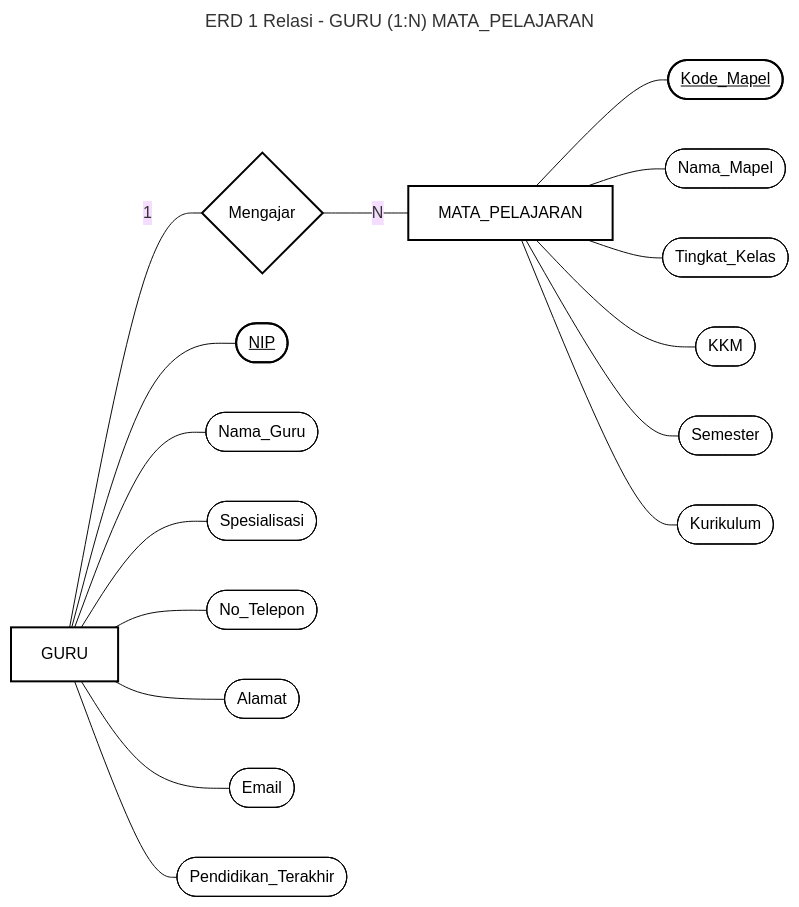
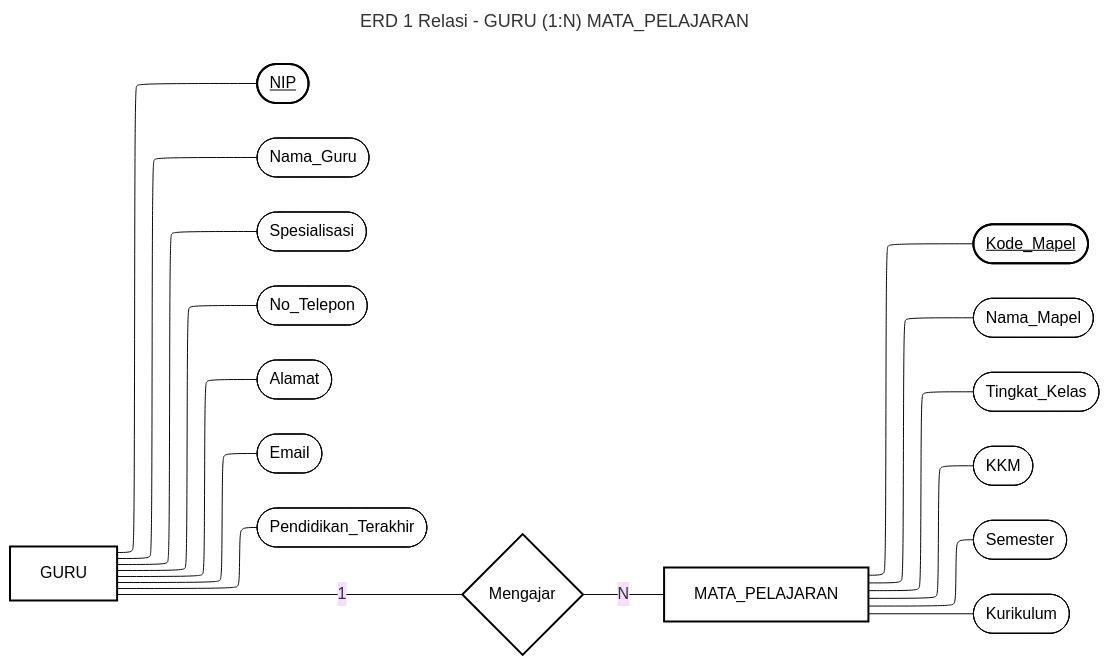
Before and after one commit to Aruh1/sias: the diagram in graph/erd_1_relasi_flowchart.md, drawn with Mermaid (base theme). The commit also changed other lines of this file and 7 other files, not shown here.

Commit message:
update graph

````diff
--- a/graph/erd_1_relasi_flowchart.md
+++ b/graph/erd_1_relasi_flowchart.md
@@ -5,69 +5,71 @@
 ```mermaid
 ---
 title: ERD 1 Relasi - GURU (1:N) MATA_PELAJARAN
+config:
+    layout: elk
 ---
 
 flowchart LR
     %% ── Entitas ──
     GURU["GURU"]
     MAPEL["MATA_PELAJARAN"]
 
     %% ── Relasi ──
     R1{"Mengajar"}
 
     %% ── Koneksi Entitas — Relasi ──
     GURU ---|"1"| R1
     R1 ---|"N"| MAPEL
 
     %% ── Atribut GURU ──
     G_NIP(["<u>NIP</u>"])
     G_Nama(["Nama_Guru"])
     G_Spesialisasi(["Spesialisasi"])
     G_Telp(["No_Telepon"])
     G_Alamat(["Alamat"])
     G_Email(["Email"])
     G_Pendidikan(["Pendidikan_Terakhir"])
 
     GURU --- G_NIP
     GURU --- G_Nama
     GURU --- G_Spesialisasi
     GURU --- G_Telp
     GURU --- G_Alamat
     GURU --- G_Email
     GURU --- G_Pendidikan
 
     %% ── Atribut MATA_PELAJARAN ──
     M_Kode(["<u>Kode_Mapel</u>"])
     M_Nama(["Nama_Mapel"])
     M_Tingkat(["Tingkat_Kelas"])
     M_KKM(["KKM"])
     M_Semester(["Semester"])
     M_Kurikulum(["Kurikulum"])
 
     MAPEL --- M_Kode
     MAPEL --- M_Nama
     MAPEL --- M_Tingkat
     MAPEL --- M_KKM
     MAPEL --- M_Semester
     MAPEL --- M_Kurikulum
 
     %% ── Styling ──
     style GURU fill:#fff,stroke:#000,stroke-width:2px,color:#000
     style MAPEL fill:#fff,stroke:#000,stroke-width:2px,color:#000
     style R1 fill:#fff,stroke:#000,stroke-width:2px,color:#000
 
     style G_NIP fill:#fff,stroke:#000,stroke-width:2px,color:#000
     style G_Nama fill:#fff,stroke:#000,stroke-width:1px,color:#000
     style G_Spesialisasi fill:#fff,stroke:#000,stroke-width:1px,color:#000
     style G_Telp fill:#fff,stroke:#000,stroke-width:1px,color:#000
     style G_Alamat fill:#fff,stroke:#000,stroke-width:1px,color:#000
     style G_Email fill:#fff,stroke:#000,stroke-width:1px,color:#000
     style G_Pendidikan fill:#fff,stroke:#000,stroke-width:1px,color:#000
 
     style M_Kode fill:#fff,stroke:#000,stroke-width:2px,color:#000
     style M_Nama fill:#fff,stroke:#000,stroke-width:1px,color:#000
     style M_Tingkat fill:#fff,stroke:#000,stroke-width:1px,color:#000
     style M_KKM fill:#fff,stroke:#000,stroke-width:1px,color:#000
     style M_Semester fill:#fff,stroke:#000,stroke-width:1px,color:#000
     style M_Kurikulum fill:#fff,stroke:#000,stroke-width:1px,color:#000
 ```
````
